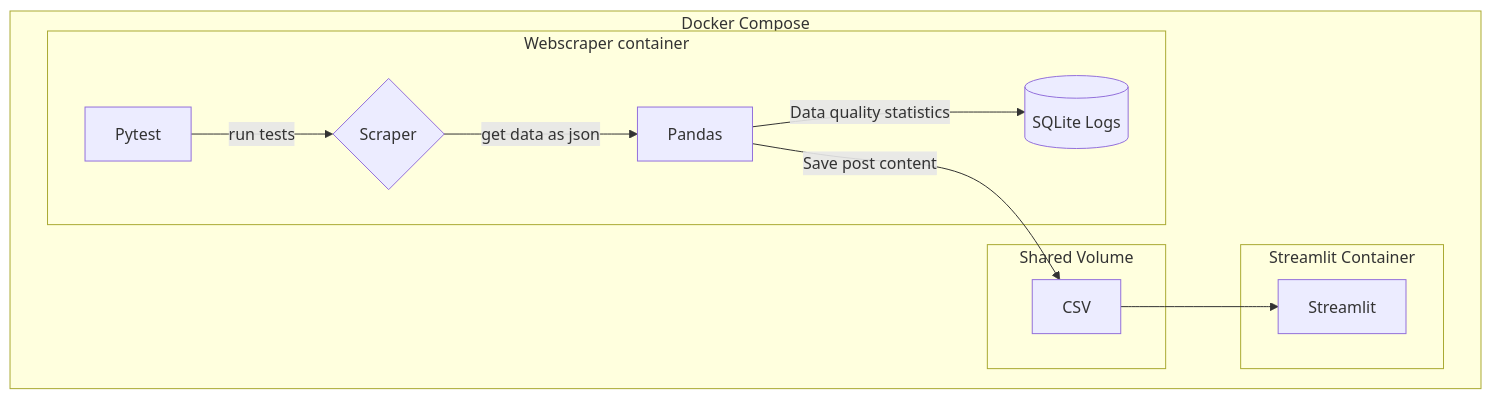
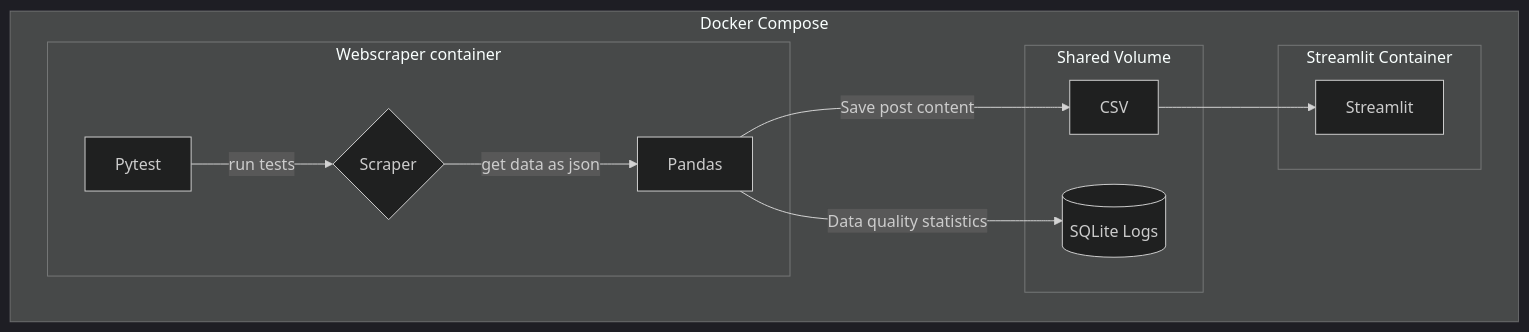
Before and after one commit to josephplpriest/pipeline_project: the diagram in README.md, drawn with Mermaid. The commit also changed other lines of this file and 11 other files, not shown here.

````diff
--- a/README.md
+++ b/README.md
@@ -3,18 +3,19 @@
 ```mermaid
+%%{init: {'theme': 'dark', "flowchart" : { "curve" : "basis" } } }%%
 graph TD
     subgraph Docker Compose
     subgraph Webscraper container
-    C --> |Data quality statistics|D[(SQLite Logs)]
     B{Scraper} --> |get data as json|C[Pandas]
     Z[Pytest] --> |run tests|B
     end
     subgraph Shared Volume
     C --> |Save post content|E[CSV]
+    C --> |Data quality statistics|D[(SQLite Logs)]
     end
     subgraph Streamlit Container
     P[Streamlit]
     E --> P
     end
     end
     
 ```
````
